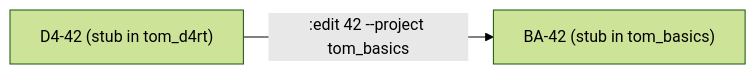
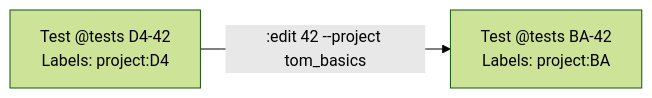
Diagram 13 of 37 in tom_issue_kit/doc/issuekit_command_reference.md (al-the-bear/tom_module_basics), drawn with Mermaid (forest theme) before and after one commit. The commit also changed other lines of this file and 1 other file, not shown here.

First line of the commit message:
docs: architectural redesign — two issue trackers, @issues/@tests/@code terminology, nightly backup

````diff
--- a/tom_issue_kit/doc/issuekit_command_reference.md
+++ b/tom_issue_kit/doc/issuekit_command_reference.md
@@ -626,4 +640,4 @@
 ```mermaid
 graph LR
-    A["D4-42 (stub in tom_d4rt)"] -->|":edit 42 --project tom_basics"| B["BA-42 (stub in tom_basics)"]
+    A["Test @tests D4-42<br/>Labels: project:D4"] -->|":edit 42 --project tom_basics"| B["Test @tests BA-42<br/>Labels: project:BA"]
 ```
````
